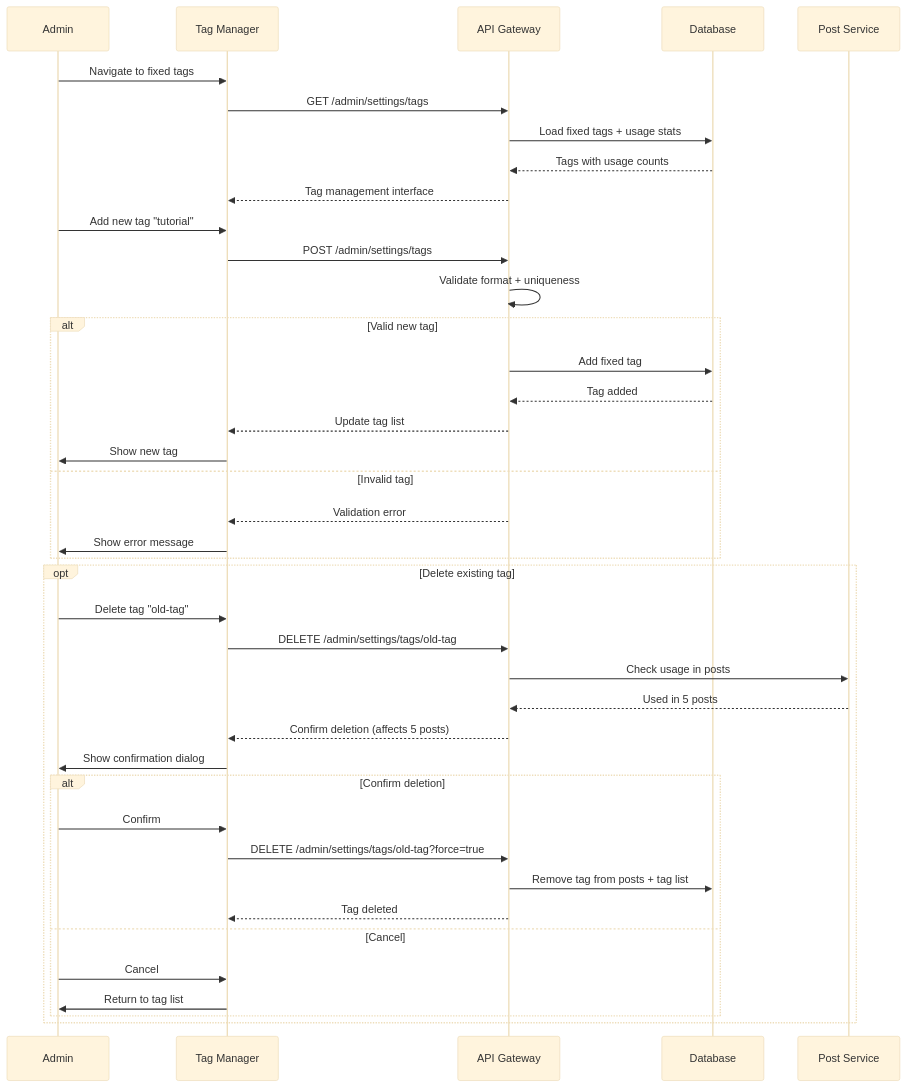
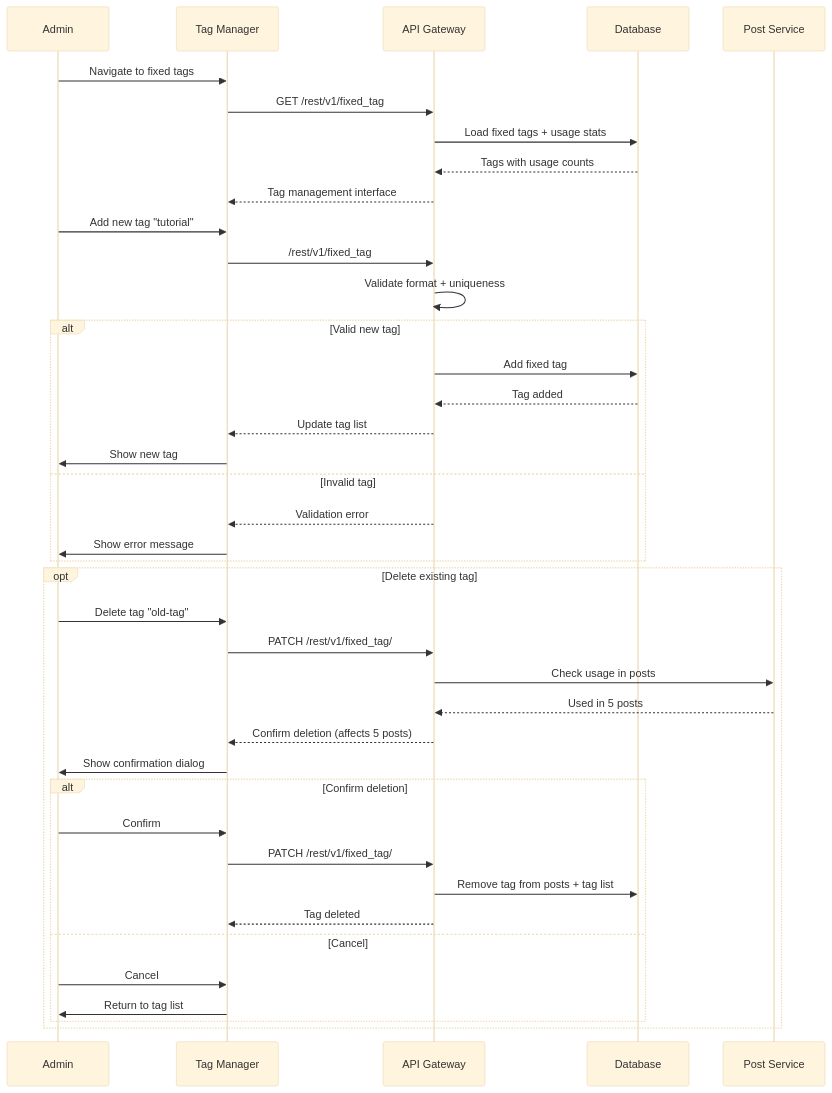
The third of 7 diagrams in prd/08-admin-settings.md (jkjan/nowhereland), drawn with Mermaid (base theme) before and after one commit. The commit also changed other lines of this file and 18 other files, not shown here.

````diff
--- a/prd/08-admin-settings.md
+++ b/prd/08-admin-settings.md
@@ -255,48 +255,48 @@
 ```mermaid
 sequenceDiagram
     participant A as Admin
     participant UI as Tag Manager
     participant API as API Gateway
     participant DB as Database
     participant POSTS as Post Service
     
     A->>UI: Navigate to fixed tags
-    UI->>API: GET /admin/settings/tags
+    UI->>API: GET /rest/v1/fixed_tag
     API->>DB: Load fixed tags + usage stats
     DB-->>API: Tags with usage counts
     API-->>UI: Tag management interface
     
     A->>UI: Add new tag "tutorial"
-    UI->>API: POST /admin/settings/tags
+    UI->>API:  /rest/v1/fixed_tag
     API->>API: Validate format + uniqueness
     
     alt Valid new tag
         API->>DB: Add fixed tag
         DB-->>API: Tag added
         API-->>UI: Update tag list
         UI->>A: Show new tag
     else Invalid tag
         API-->>UI: Validation error
         UI->>A: Show error message
     end
     
     opt Delete existing tag
         A->>UI: Delete tag "old-tag"
-        UI->>API: DELETE /admin/settings/tags/old-tag
+        UI->>API: PATCH /rest/v1/fixed_tag/
         API->>POSTS: Check usage in posts
         POSTS-->>API: Used in 5 posts
         
         API-->>UI: Confirm deletion (affects 5 posts)
         UI->>A: Show confirmation dialog
         
         alt Confirm deletion
             A->>UI: Confirm
-            UI->>API: DELETE /admin/settings/tags/old-tag?force=true
+            UI->>API: PATCH /rest/v1/fixed_tag/
             API->>DB: Remove tag from posts + tag list
             API-->>UI: Tag deleted
         else Cancel
             A->>UI: Cancel
             UI->>A: Return to tag list
         end
     end
 ```
````
